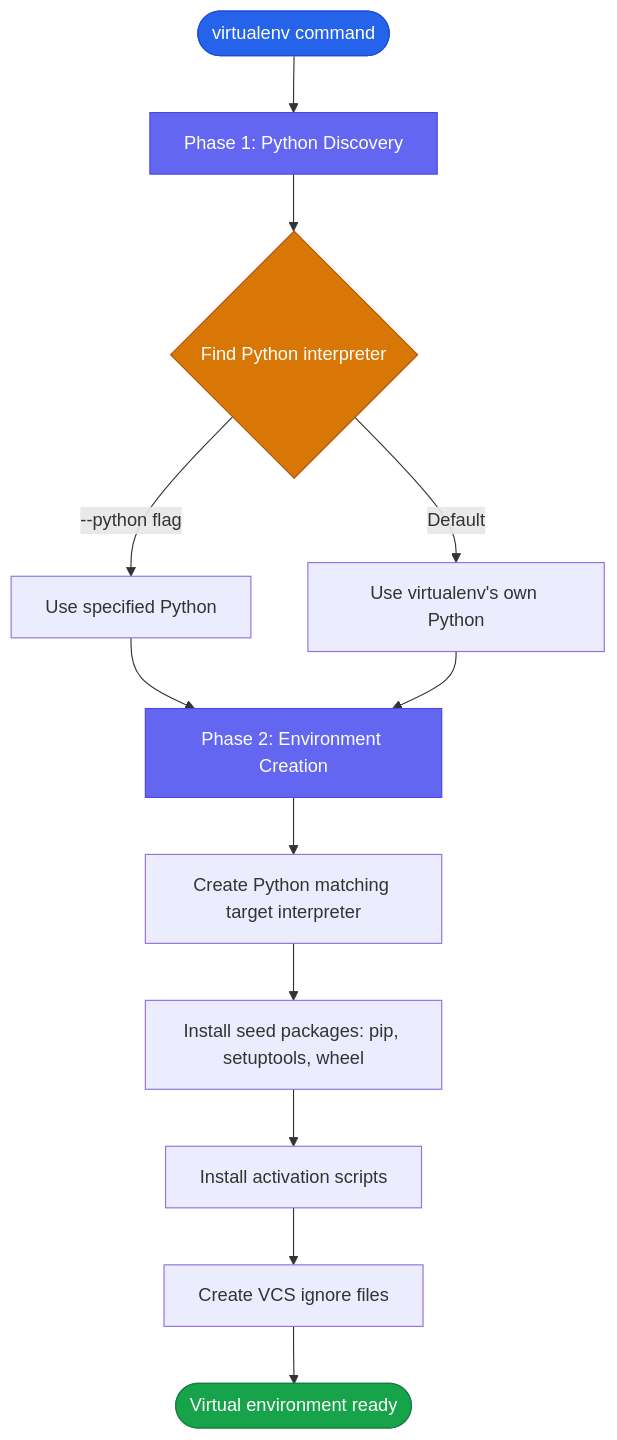
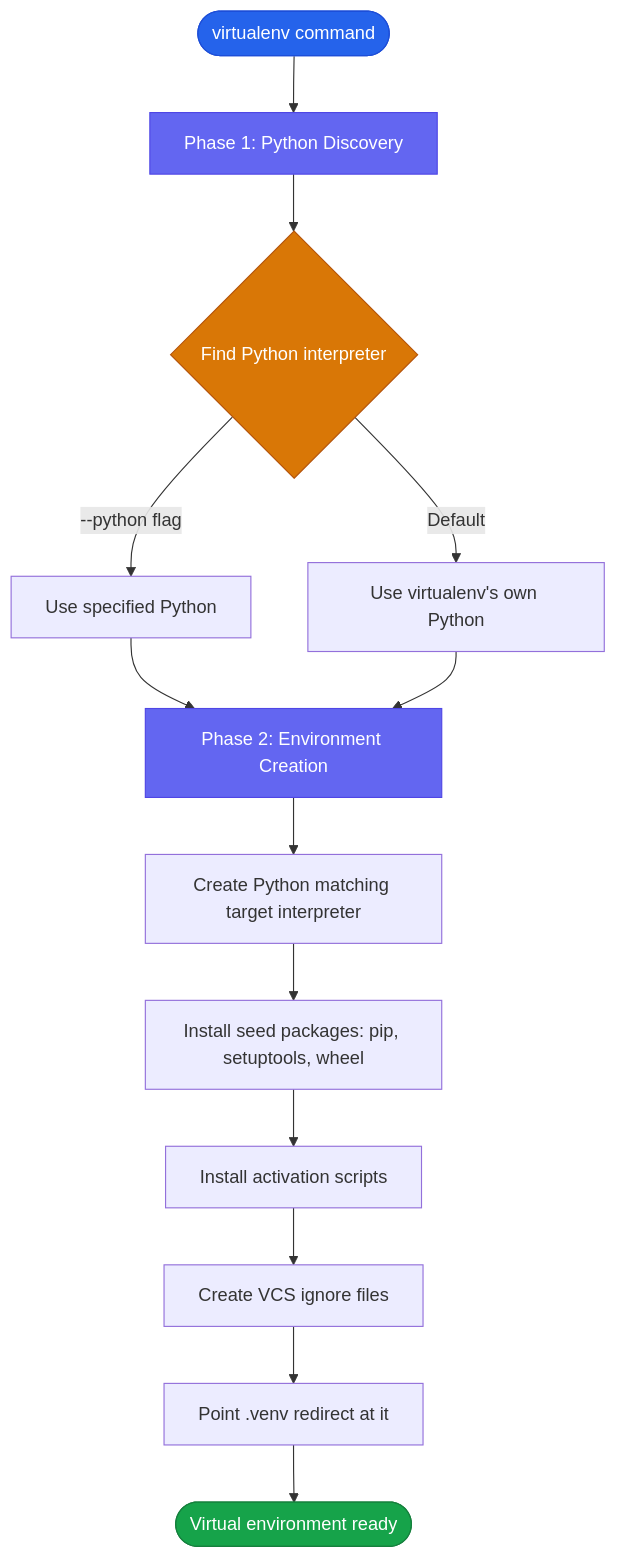
One commit to pypa/virtualenv changed the second of 8 diagrams in docs/explanation.rst. Above: the diagram before and after it, drawn with Mermaid. The commit also changed other lines of this file and 10 other files, not shown here.

Commit message:
✨ feat(create): point a .venv redirect per PEP 832 (#3204)

```diff
--- a/docs/explanation.rst
+++ b/docs/explanation.rst
@@ -137,20 +137,21 @@
 .. mermaid::
 
     flowchart TD
         Start([virtualenv command]) --> Phase1[Phase 1: Python Discovery]
         Phase1 --> Discover{Find Python interpreter}
         Discover -->|Default| SameVersion[Use virtualenv's own Python]
         Discover -->|--python flag| CustomVersion[Use specified Python]
         CustomVersion --> Phase2[Phase 2: Environment Creation]
         SameVersion --> Phase2
         Phase2 --> CreatePython[Create Python matching target interpreter]
         CreatePython --> SeedPackages[Install seed packages: pip, setuptools, wheel]
         SeedPackages --> ActivationScripts[Install activation scripts]
         ActivationScripts --> VCSIgnore[Create VCS ignore files]
-        VCSIgnore --> Complete([Virtual environment ready])
+        VCSIgnore --> Record[Point .venv redirect at it]
+        Record --> Complete([Virtual environment ready])
 
         style Start fill:#2563eb,stroke:#1d4ed8,color:#fff
         style Phase1 fill:#6366f1,stroke:#4f46e5,color:#fff
         style Phase2 fill:#6366f1,stroke:#4f46e5,color:#fff
         style Complete fill:#16a34a,stroke:#15803d,color:#fff
         style Discover fill:#d97706,stroke:#b45309,color:#fff
```
